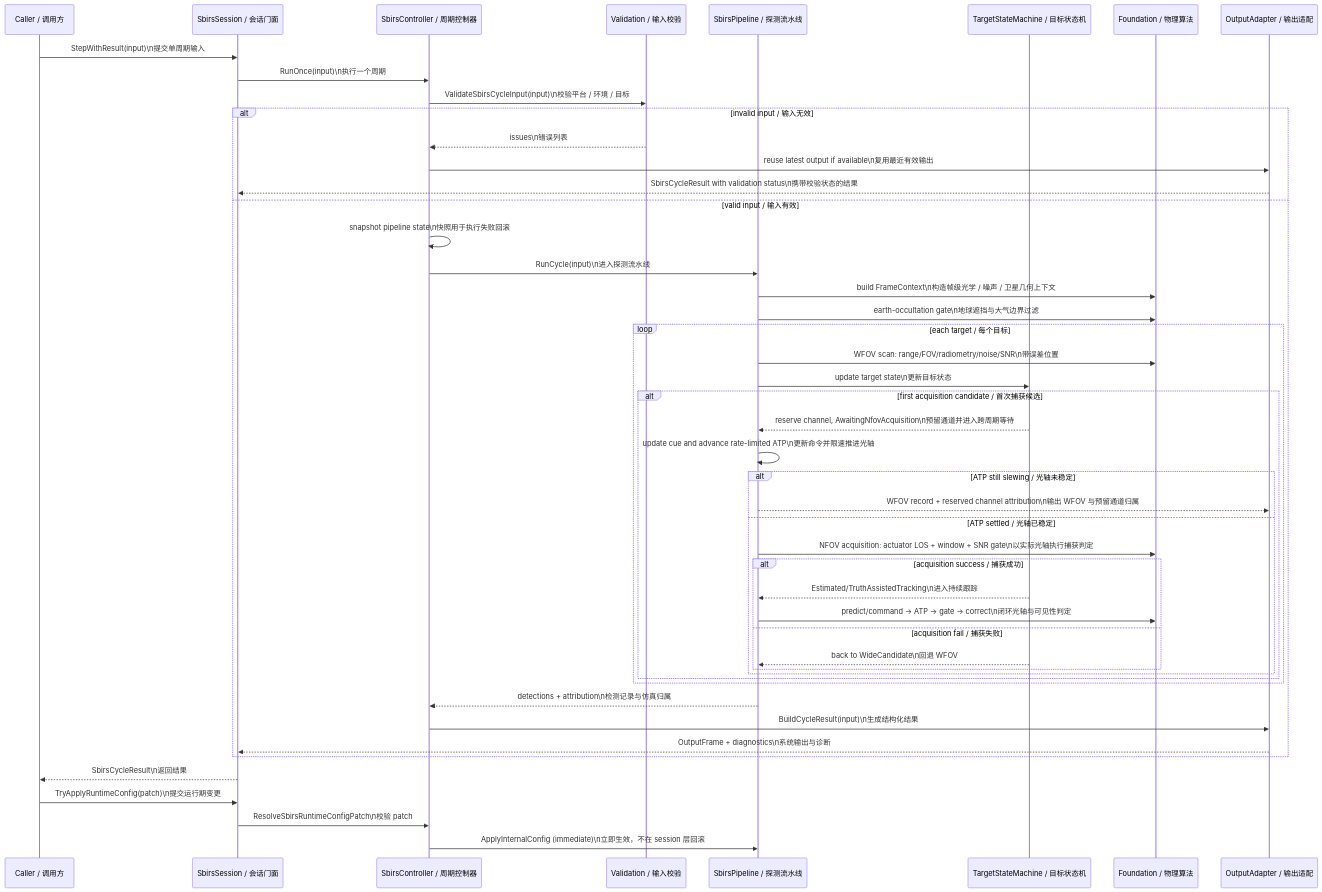
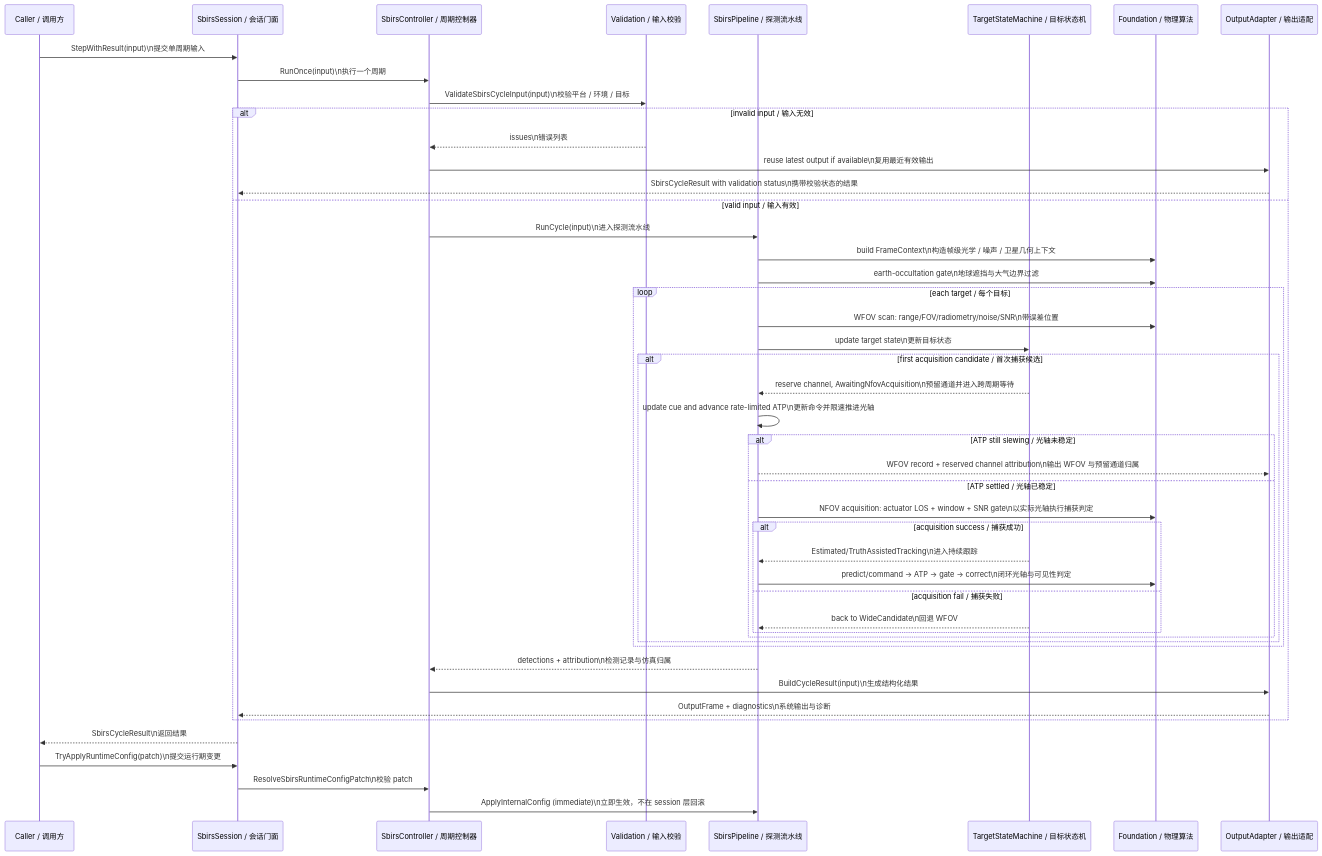
One commit to boilwater-3/1q changed the second of 4 diagrams in docs/space_based_infrared_sensor/design.md. Above: the diagram before and after it, drawn with Mermaid. The commit also changed other lines of this file and 29 other files, not shown here.

````diff
--- a/docs/space_based_infrared_sensor/design.md
+++ b/docs/space_based_infrared_sensor/design.md
@@ -172,52 +173,51 @@
 ```mermaid
 sequenceDiagram
   participant Caller as Caller / 调用方
   participant Session as SbirsSession / 会话门面
   participant Controller as SbirsController / 周期控制器
   participant Validator as Validation / 输入校验
   participant Pipeline as SbirsPipeline / 探测流水线
   participant SM as TargetStateMachine / 目标状态机
   participant Physics as Foundation / 物理算法
   participant Output as OutputAdapter / 输出适配
 
   Caller->>Session: StepWithResult(input)\n提交单周期输入
   Session->>Controller: RunOnce(input)\n执行一个周期
   Controller->>Validator: ValidateSbirsCycleInput(input)\n校验平台 / 环境 / 目标
   alt invalid input / 输入无效
     Validator-->>Controller: issues\n错误列表
     Controller->>Output: reuse latest output if available\n复用最近有效输出
     Output-->>Session: SbirsCycleResult with validation status\n携带校验状态的结果
   else valid input / 输入有效
-    Controller->>Controller: snapshot pipeline state\n快照用于执行失败回滚
     Controller->>Pipeline: RunCycle(input)\n进入探测流水线
     Pipeline->>Physics: build FrameContext\n构造帧级光学 / 噪声 / 卫星几何上下文
     Pipeline->>Physics: earth-occultation gate\n地球遮挡与大气边界过滤
     loop each target / 每个目标
       Pipeline->>Physics: WFOV scan: range/FOV/radiometry/noise/SNR\n带误差位置
       Pipeline->>SM: update target state\n更新目标状态
       alt first acquisition candidate / 首次捕获候选
         SM-->>Pipeline: reserve channel, AwaitingNfovAcquisition\n预留通道并进入跨周期等待
         Pipeline->>Pipeline: update cue and advance rate-limited ATP\n更新命令并限速推进光轴
         alt ATP still slewing / 光轴未稳定
           Pipeline-->>Output: WFOV record + reserved channel attribution\n输出 WFOV 与预留通道归属
         else ATP settled / 光轴已稳定
           Pipeline->>Physics: NFOV acquisition: actuator LOS + window + SNR gate\n以实际光轴执行捕获判定
         alt acquisition success / 捕获成功
           SM-->>Pipeline: Estimated/TruthAssistedTracking\n进入持续跟踪
           Pipeline->>Physics: predict/command → ATP → gate → correct\n闭环光轴与可见性判定
         else acquisition fail / 捕获失败
           SM-->>Pipeline: back to WideCandidate\n回退 WFOV
         end
         end
       end
     end
     Pipeline-->>Controller: detections + attribution\n检测记录与仿真归属
     Controller->>Output: BuildCycleResult(input)\n生成结构化结果
     Output-->>Session: OutputFrame + diagnostics\n系统输出与诊断
   end
   Session-->>Caller: SbirsCycleResult\n返回结果
 
   Caller->>Session: TryApplyRuntimeConfig(patch)\n提交运行期变更
   Session->>Controller: ResolveSbirsRuntimeConfigPatch\n校验 patch
   Controller->>Pipeline: ApplyInternalConfig (immediate)\n立即生效，不在 session 层回滚
 ```
````
